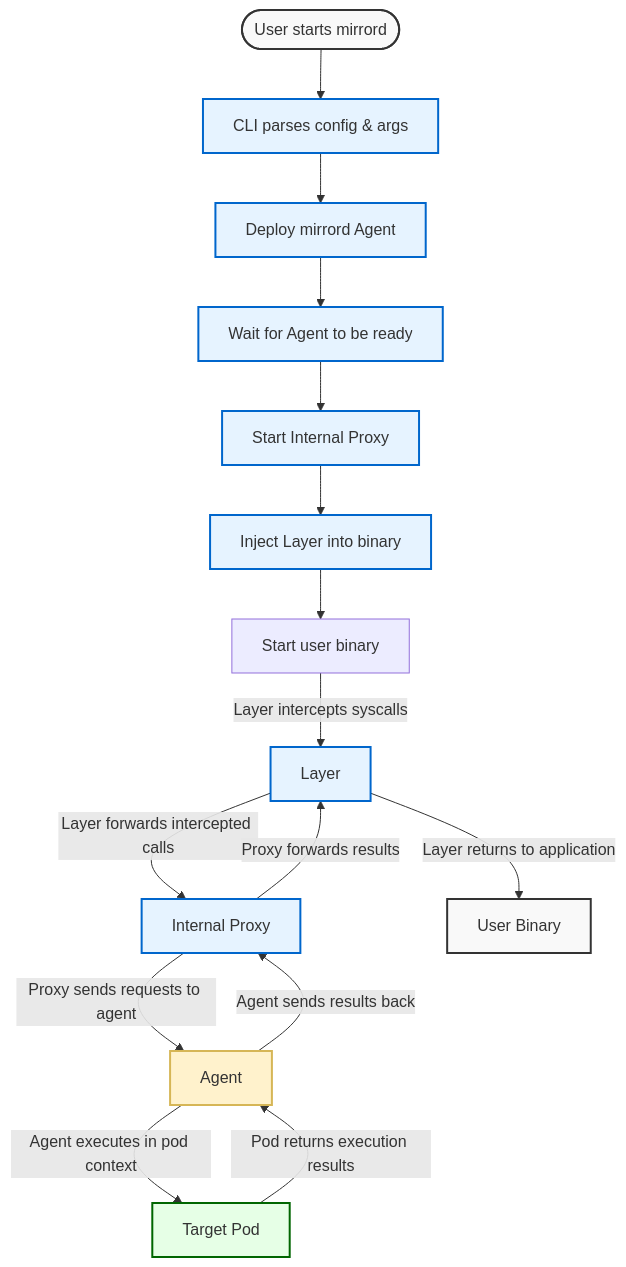
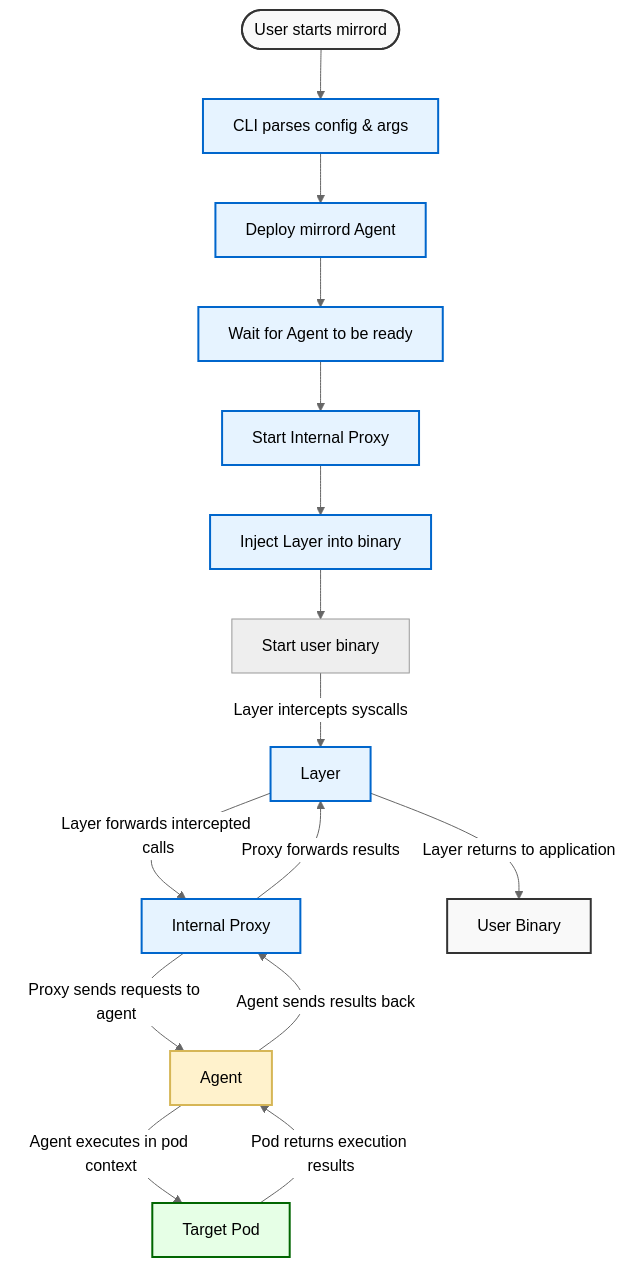
Before and after one commit to metalbear-co/mirrord: the second of 2 diagrams in CONTRIBUTING.md, drawn with Mermaid. The commit also changed other lines of this file and 1 other file, not shown here.

Commit message:
use neutral theme

````diff
--- a/CONTRIBUTING.md
+++ b/CONTRIBUTING.md
@@ -684,33 +685,34 @@
 ```mermaid
+%%{init: {'theme':'neutral'}}%%
 flowchart TB
     Start([User starts mirrord]) --> CLI[CLI parses config & args]
     CLI --> Deploy[Deploy mirrord Agent]
     Deploy --> WaitAgent[Wait for Agent to be ready]
 
     WaitAgent --> StartProxy[Start Internal Proxy]
     StartProxy --> InjectLayer[Inject Layer into binary]
 
     InjectLayer --> StartBinary[Start user binary]
 
     StartBinary --> |"Layer intercepts syscalls"| Layer
     Layer --> |"Layer forwards intercepted calls"| IntProxy[Internal Proxy]
     IntProxy --> |"Proxy sends requests to agent"| Agent
 
     Agent --> |"Agent executes in pod context"| Pod[Target Pod]
     Pod --> |"Pod returns execution results"| Agent
     Agent --> |"Agent sends results back"| IntProxy
     IntProxy --> |"Proxy forwards results"| Layer
     Layer --> |"Layer returns to application"| Binary[User Binary]
 
     style Start fill:#f9f9f9,stroke:#333,stroke-width:2px
     style CLI fill:#e6f3ff,stroke:#0066cc,stroke-width:2px
     style Deploy fill:#e6f3ff,stroke:#0066cc,stroke-width:2px
     style WaitAgent fill:#e6f3ff,stroke:#0066cc,stroke-width:2px
     style StartProxy fill:#e6f3ff,stroke:#0066cc,stroke-width:2px
     style InjectLayer fill:#e6f3ff,stroke:#0066cc,stroke-width:2px
     style Layer fill:#e6f3ff,stroke:#0066cc,stroke-width:2px
     style IntProxy fill:#e6f3ff,stroke:#0066cc,stroke-width:2px
     style Agent fill:#fff2cc,stroke:#d6b656,stroke-width:2px
     style Pod fill:#e6ffe6,stroke:#006600,stroke-width:2px
     style Binary fill:#f9f9f9,stroke:#333,stroke-width:2px
 ```
````
